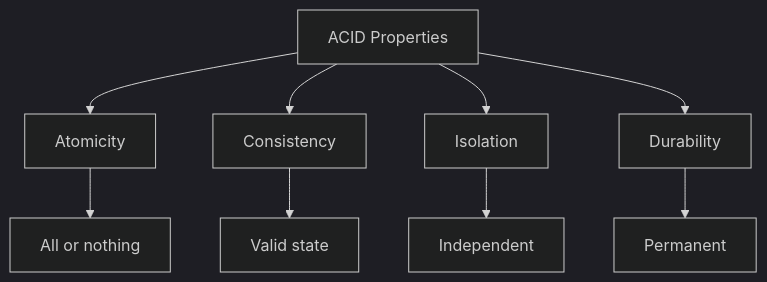
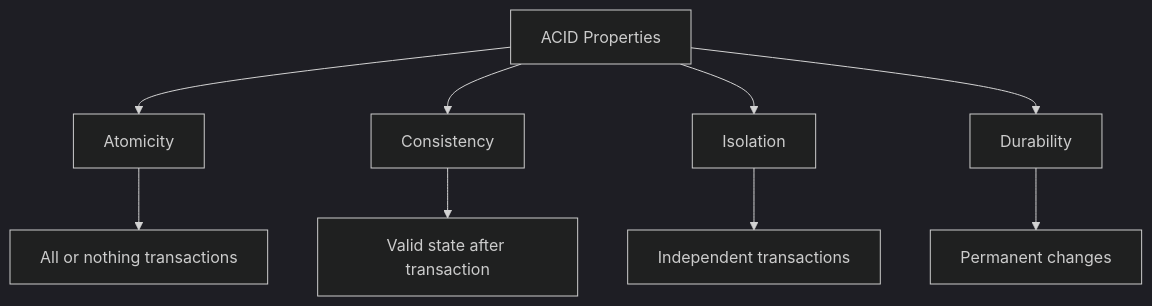
One commit to fistasolutions/learn-database-unicorndevelopers changed the diagram in 02overview.md. Above: the diagram before and after it, drawn with Mermaid (dark theme). The commit also changed other lines of this file and 37 other files, not shown here.

````diff
--- a/02overview.md
+++ b/02overview.md
@@ -59,11 +87,11 @@
 ```mermaid
 graph TD
     A[ACID Properties] --> B[Atomicity]
     A --> C[Consistency]
     A --> D[Isolation]
     A --> E[Durability]
-    B --> F[All or nothing]
-    C --> G[Valid state]
-    D --> H[Independent]
-    E --> I[Permanent]
+    B --> F[All or nothing transactions]
+    C --> G[Valid state after transaction]
+    D --> H[Independent transactions]
+    E --> I[Permanent changes]
 ```
````
